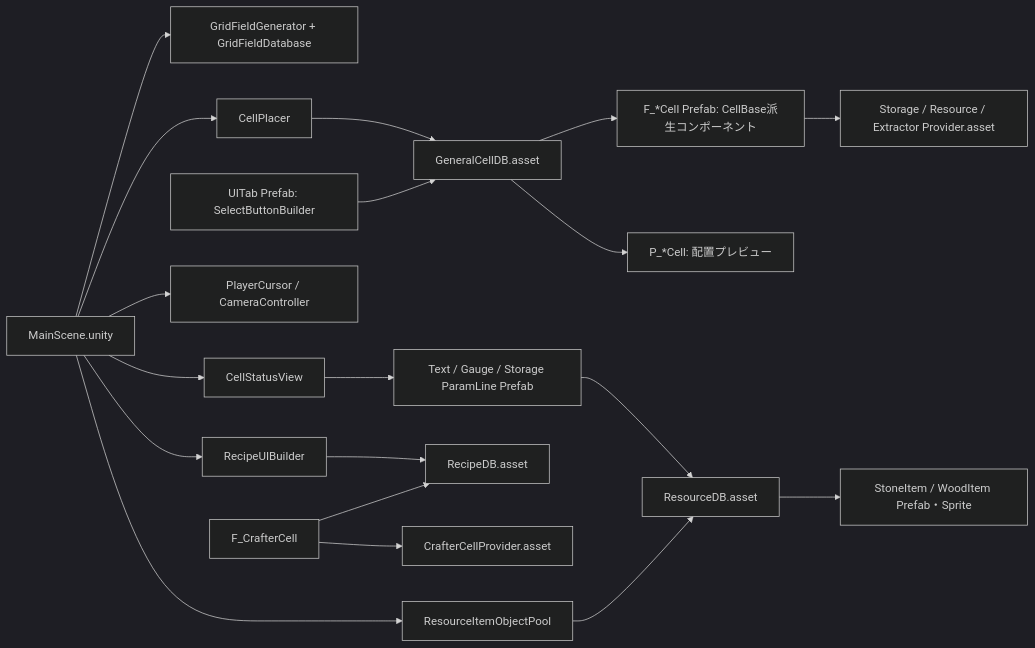
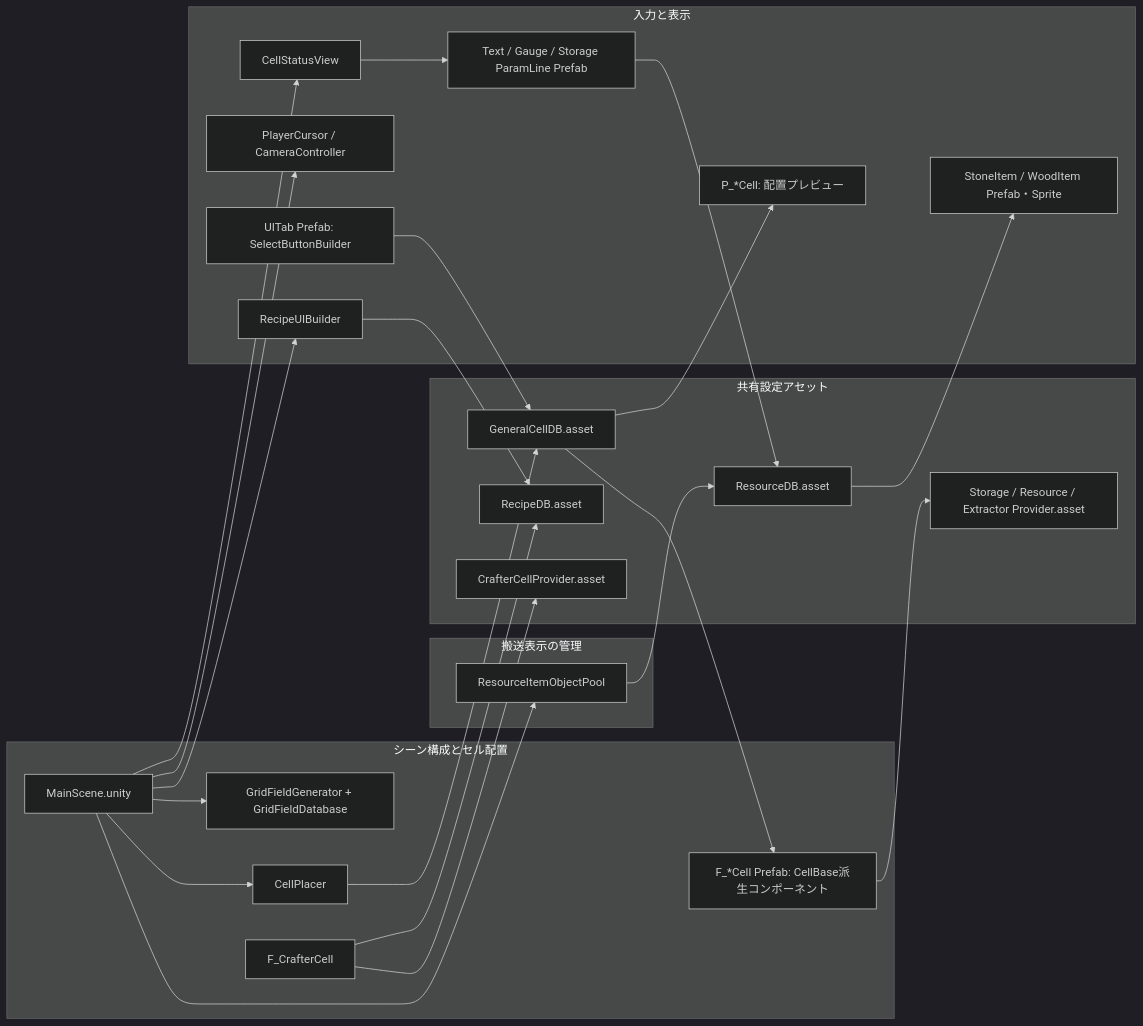
The second of 2 diagrams in docs/design/current-architecture.md (AoiTomiyama/FactoryGame), drawn with Mermaid (dark theme) before and after one commit. The commit also changed other lines of this file and 5 other files, not shown here.

Commit message:
[docs] 全設計図へ役割別配色と責務分類を展開

````diff
--- a/docs/design/current-architecture.md
+++ b/docs/design/current-architecture.md
@@ -80,21 +82,47 @@
 ```mermaid
 flowchart LR
- Main["MainScene.unity"] --> Generator["GridFieldGenerator + GridFieldDatabase"]
- Main --> Placer["CellPlacer"]
- Main --> Pool["ResourceItemObjectPool"]
- Main --> View["CellStatusView"]
- Main --> Cursor["PlayerCursor / CameraController"]
- Main --> RecipeUI["RecipeUIBuilder"]
- Tab["UITab Prefab: SelectButtonBuilder"] --> DB["GeneralCellDB.asset"]
+ subgraph SceneAssembly["シーン構成とセル配置"]
+  Main["MainScene.unity"]
+  Generator["GridFieldGenerator + GridFieldDatabase"]
+  Placer["CellPlacer"]
+  Fields["F_*Cell Prefab: CellBase派生コンポーネント"]
+  Crafter["F_CrafterCell"]
+ end
+ subgraph InputDisplay["入力と表示"]
+  View["CellStatusView"]
+  Cursor["PlayerCursor / CameraController"]
+  RecipeUI["RecipeUIBuilder"]
+  Tab["UITab Prefab: SelectButtonBuilder"]
+  Preview["P_*Cell: 配置プレビュー"]
+  Visual["StoneItem / WoodItem Prefab・Sprite"]
+  Rows["Text / Gauge / Storage ParamLine Prefab"]
+ end
+ subgraph TransferDisplay["搬送表示の管理"]
+  Pool["ResourceItemObjectPool"]
+ end
+ subgraph SharedSettings["共有設定アセット"]
+  DB["GeneralCellDB.asset"]
+  RecipeDB["RecipeDB.asset"]
+  CrafterProvider["CrafterCellProvider.asset"]
+  Providers["Storage / Resource / Extractor Provider.asset"]
+  ResourceDB["ResourceDB.asset"]
+ end
+ Main --> Generator
+ Main --> Placer
+ Main --> Pool
+ Main --> View
+ Main --> Cursor
+ Main --> RecipeUI
+ Tab --> DB
  Placer --> DB
- DB --> Fields["F_*Cell Prefab: CellBase派生コンポーネント"]
- DB --> Preview["P_*Cell: 配置プレビュー"]
- Crafter["F_CrafterCell"] --> RecipeDB["RecipeDB.asset"]
- Crafter --> CrafterProvider["CrafterCellProvider.asset"]
- Fields --> Providers["Storage / Resource / Extractor Provider.asset"]
- Pool --> ResourceDB["ResourceDB.asset"]
+ DB --> Fields
+ DB --> Preview
+ Crafter --> RecipeDB
+ Crafter --> CrafterProvider
+ Fields --> Providers
+ Pool --> ResourceDB
  RecipeUI --> RecipeDB
- ResourceDB --> Visual["StoneItem / WoodItem Prefab・Sprite"]
- View --> Rows["Text / Gauge / Storage ParamLine Prefab"]
+ ResourceDB --> Visual
+ View --> Rows
  Rows --> ResourceDB
 ```
````
